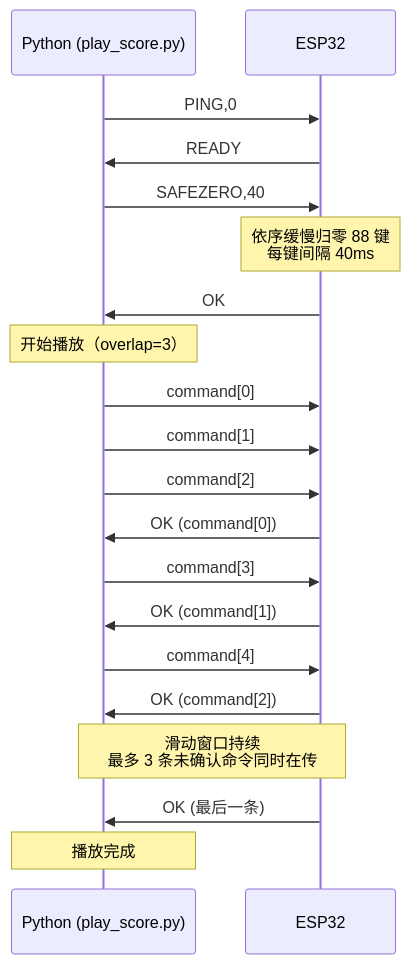
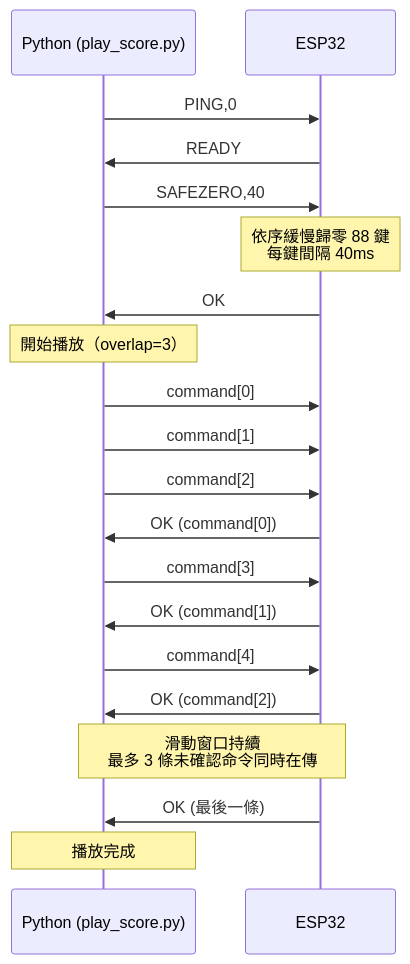
The ninth of 14 diagrams in README.md (wjmmmwjj/auto_piano), drawn with Mermaid before and after one commit. The commit also changed other lines of this file, not shown here.

Commit message:
README: 改為繁體中文版本，含安裝教學與完整流程圖

````diff
--- a/README.md
+++ b/README.md
@@ -703,25 +703,25 @@
 ```mermaid
 sequenceDiagram
     participant P as Python (play_score.py)
     participant E as ESP32
 
     P->>E: PING,0
     E->>P: READY
 
     P->>E: SAFEZERO,40
-    Note over E: 依序缓慢归零 88 键<br/>每键间隔 40ms
+    Note over E: 依序緩慢歸零 88 鍵<br/>每鍵間隔 40ms
     E->>P: OK
 
-    Note over P: 开始播放（overlap=3）
+    Note over P: 開始播放（overlap=3）
     P->>E: command[0]
     P->>E: command[1]
     P->>E: command[2]
     E->>P: OK (command[0])
     P->>E: command[3]
     E->>P: OK (command[1])
     P->>E: command[4]
     E->>P: OK (command[2])
-    Note over P,E: 滑动窗口持续<br/>最多 3 条未确认命令同时在传
-    E->>P: OK (最后一条)
+    Note over P,E: 滑動窗口持續<br/>最多 3 條未確認命令同時在傳
+    E->>P: OK (最後一條)
     Note over P: 播放完成
 ```
````
